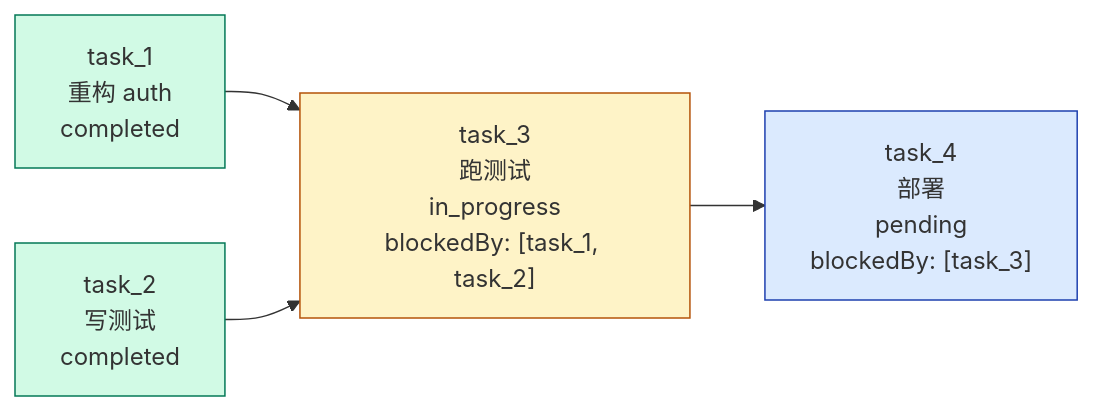
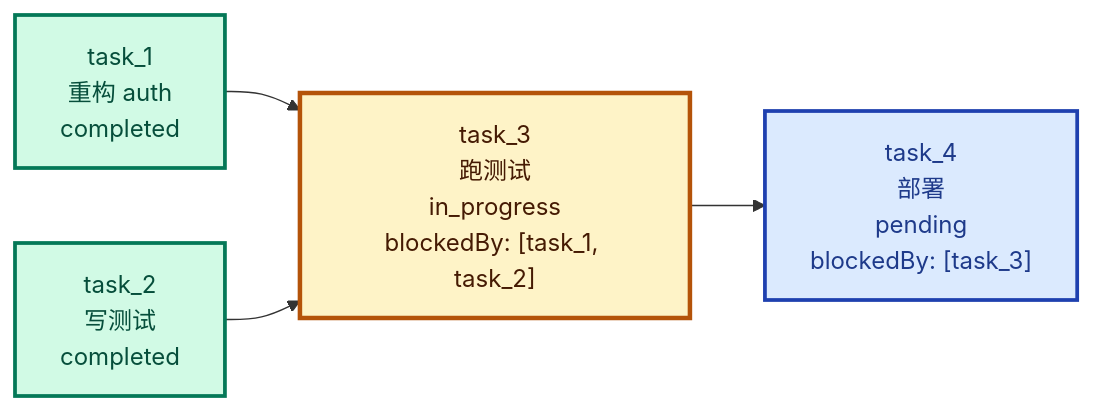
One commit to PyrePuin/From-Zero-LLM-Agent-Infra-Notes changed the second of 3 diagrams in Agent/Harness/Claude Code/Phase 4 - 长时间任务/12 - Task System.md. Above: the diagram before and after it, drawn with Mermaid. The commit also changed other lines of this file and 23 other files, not shown here.

First line of the commit message:
refactor(mermaid): 统一所有图的视觉规范

````diff
--- a/Agent/Harness/Claude Code/Phase 4 - 长时间任务/12 - Task System.md
+++ b/Agent/Harness/Claude Code/Phase 4 - 长时间任务/12 - Task System.md
@@ -112,15 +113,16 @@
 ```mermaid
+%%{init: {'themeVariables': {'fontSize': '16px', 'fontFamily': 'ui-sans-serif, system-ui, -apple-system, "Segoe UI", Roboto, sans-serif'}}}%%
 flowchart LR
     T1["task_1<br/>重构 auth<br/>completed"]
     T2["task_2<br/>写测试<br/>completed"]
     T3["task_3<br/>跑测试<br/>in_progress<br/>blockedBy: [task_1, task_2]"]
     T4["task_4<br/>部署<br/>pending<br/>blockedBy: [task_3]"]
     T1 --> T3
     T2 --> T3
     T3 --> T4
 
-    style T1 fill:#d1fae5,stroke:#047857
-    style T2 fill:#d1fae5,stroke:#047857
-    style T3 fill:#fef3c7,stroke:#b45309
-    style T4 fill:#dbeafe,stroke:#1e40af
+    style T1 fill:#d1fae5,stroke:#047857,stroke-width:2.5px,color:#064e3b
+    style T2 fill:#d1fae5,stroke:#047857,stroke-width:2.5px,color:#064e3b
+    style T3 fill:#fef3c7,stroke:#b45309,stroke-width:3px,color:#451a03
+    style T4 fill:#dbeafe,stroke:#1e40af,stroke-width:2.5px,color:#1e3a8a
 ```
````
